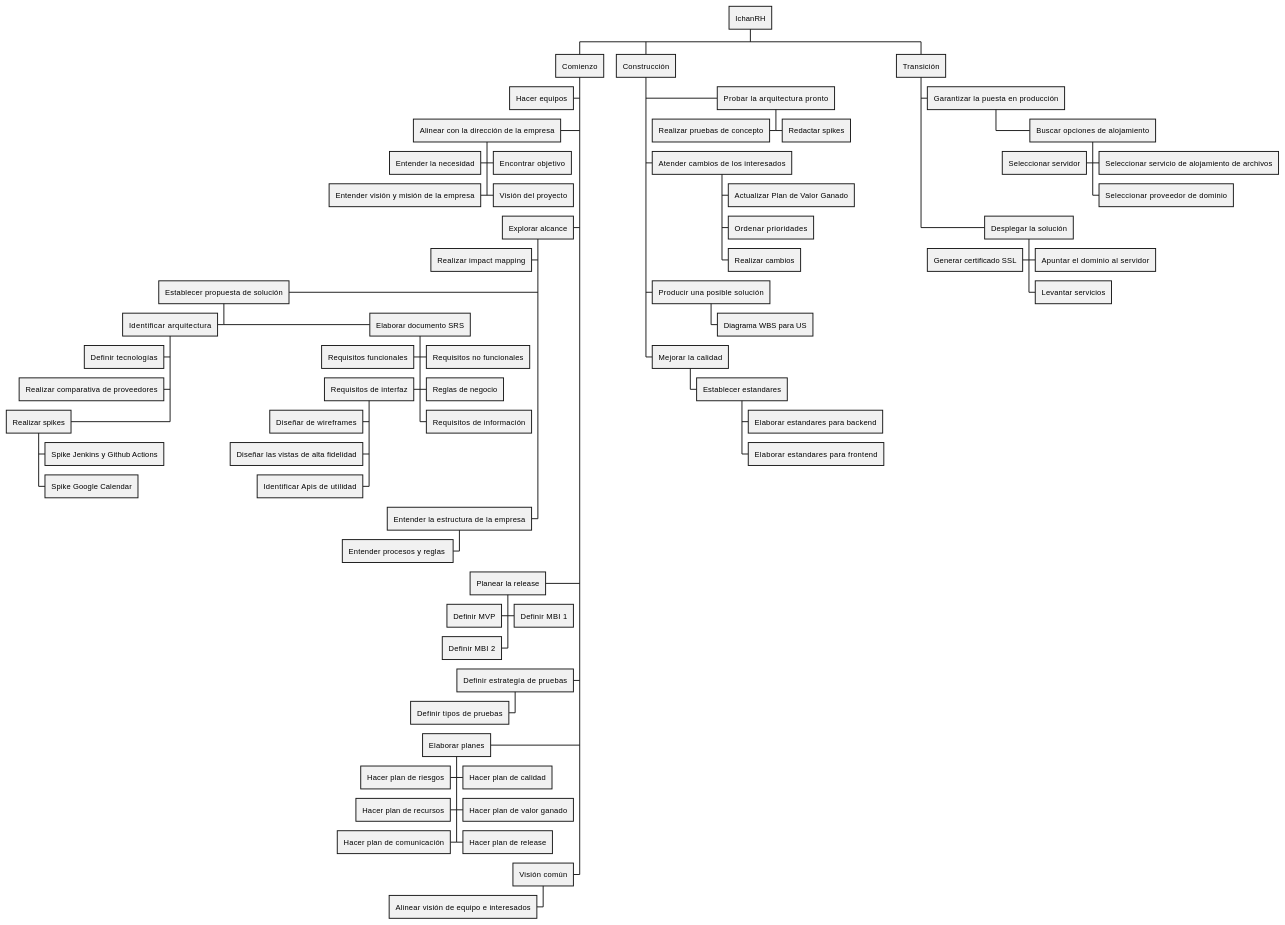
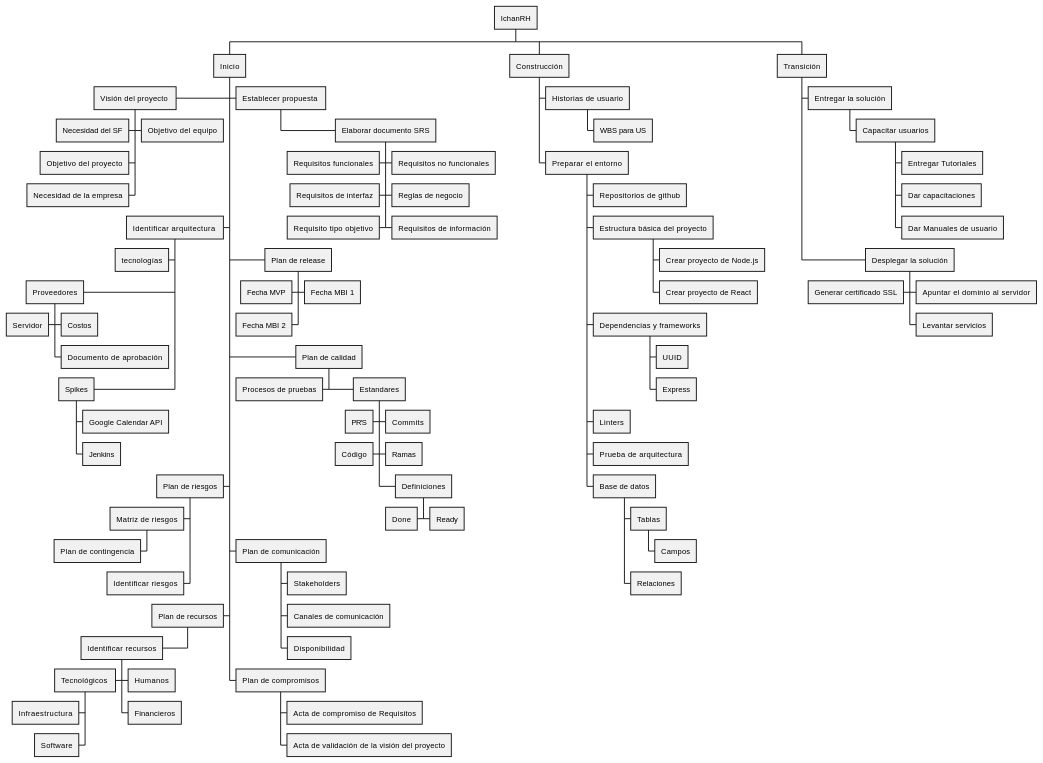
The diagram in docs/Aztlan/Nuestros Proyectos/Ichan-RCHQ/Artefactos/WBSProyecto.md (AztlanConsulting/Wiki), drawn with PlantUML before and after one commit. The commit also changed other lines of this file and 23 other files, not shown here.

```diff
--- a/docs/Aztlan/Nuestros Proyectos/Ichan-RCHQ/Artefactos/WBSProyecto.md
+++ b/docs/Aztlan/Nuestros Proyectos/Ichan-RCHQ/Artefactos/WBSProyecto.md
@@ -13,88 +13,98 @@
 /'-------------------------------------------------------------
 ------------------ FASE DE COMIENZO -------------------------
 --------------------------------------------------------------'/
-** Comienzo
+** Inicio
 '-------------------------------------------------------------
-***< Hacer equipos
+***< Visión del proyecto 
+****< Necesidad del SF
+****> Objetivo del equipo
+****< Objetivo del proyecto
+****< Necesidad de la empresa
 '-------------------------------------------------------------
-***< Alinear con la dirección de la empresa
-****< Entender la necesidad
-****> Encontrar objetivo
-****< Entender visión y misión de la empresa
-****> Visión del proyecto
+***> Establecer propuesta 
+**** Elaborar documento SRS
+*****< Requisitos funcionales
+*****> Requisitos no funcionales
+*****< Requisitos de interfaz
+*****> Reglas de negocio
+*****> Requisitos de información
+*****< Requisito tipo objetivo
 '-------------------------------------------------------------
-***< Explorar alcance
-****< Realizar impact mapping
-****< Establecer propuesta de solución
-*****< Identificar arquitectura
-******< Definir tecnologías
-******< Realizar comparativa de proveedores
-******< Realizar spikes
-******* Spike Jenkins y Github Actions
-******* Spike Google Calendar
-***** Elaborar documento SRS
-******< Requisitos funcionales
-******> Requisitos no funcionales
-******< Requisitos de interfaz
-*******< Diseñar de wireframes
-*******< Diseñar las vistas de alta fidelidad
-*******< Identificar Apis de utilidad
-******> Reglas de negocio
-******> Requisitos de información
+***< Identificar arquitectura 
+****< tecnologías
+****< Proveedores
+***** Costos
+*****< Servidor
+*****> Documento de aprobación
+****< Spikes
+***** Google Calendar API
+***** Jenkins
 '-------------------------------------------------------------
-****< Entender la estructura de la empresa
-*****< Entender procesos y reglas 
+***> Plan de release
+****< Fecha MVP
+****> Fecha MBI 1
+****< Fecha MBI 2
 '-------------------------------------------------------------
-***< Planear la release
-****< Definir MVP
-****> Definir MBI 1
-****< Definir MBI 2
-'-------------------------------------------------------------
-***< Definir estrategía de pruebas
-****< Definir tipos de pruebas
-'-------------------------------------------------------------
-***< Elaborar planes
-****< Hacer plan de riesgos
-****> Hacer plan de calidad
-****< Hacer plan de recursos
-****> Hacer plan de valor ganado
-****< Hacer plan de comunicación
-****> Hacer plan de release
-'-------------------------------------------------------------
-***< Visión común
-****< Alinear visión de equipo e interesados
+***< Plan de riesgos
+****< Matriz de riesgos
+*****< Plan de contingencia
+****< Identificar riesgos
+***> Plan de calidad
+****< Procesos de pruebas
+****> Estandares
+*****> Commits
+*****< PR'S
+*****> Ramas
+*****< Código
+*****> Definiciones
+****** Ready
+******< Done
+***< Plan de recursos
+****< Identificar recursos
+*****> Humanos
+*****< Tecnológicos 
+******< Infraestructura
+******< Software
+***** Financieros
+***> Plan de comunicación
+**** Stakeholders
+**** Canales de comunicación
+**** Disponibilidad
+*** Plan de compromisos
+**** Acta de compromiso de Requisitos
+**** Acta de validación de la visión del proyecto
 /'-------------------------------------------------------------
 ------------------ FASE DE CONSTRUCCIÓN -----------------------
 --------------------------------------------------------------'/
 ** Construcción
 '-------------------------------------------------------------
-*** Probar la arquitectura pronto
-****> Redactar spikes
-****< Realizar pruebas de concepto
-'-------------------------------------------------------------
-*** Atender cambios de los interesados
-**** Actualizar Plan de Valor Ganado
-**** Ordenar prioridades
-**** Realizar cambios
-'-------------------------------------------------------------
-*** Producir una posible solución
-**** Diagrama WBS para US
-'-------------------------------------------------------------
-*** Mejorar la calidad
-**** Establecer estandares
-***** Elaborar estandares para backend
-***** Elaborar estandares para frontend
+*** Historias de usuario
+**** WBS para US
+*** Preparar el entorno
+**** Repositorios de github
+**** Estructura básica del proyecto
+***** Crear proyecto de Node.js
+***** Crear proyecto de React
+**** Dependencias y frameworks
+***** UUID
+***** Express
+**** Linters
+**** Prueba de arquitectura
+**** Base de datos
+***** Tablas
+****** Campos
+***** Relaciones
+
 /'-------------------------------------------------------------
 -------------------- FASE DE TRANSICION -----------------------
 --------------------------------------------------------------'/
 ** Transición
 '-------------------------------------------------------------
-*** Garantizar la puesta en producción
-**** Buscar opciones de alojamiento
-*****< Seleccionar servidor
-*****> Seleccionar servicio de alojamiento de archivos
-***** Seleccionar proveedor de dominio
-
+*** Entregar la solución
+**** Capacitar usuarios
+***** Entregar Tutoriales
+***** Dar capacitaciones
+***** Dar Manuales de usuario
 '-------------------------------------------------------------
 *** Desplegar la solución
 ****< Generar certificado SSL
```
